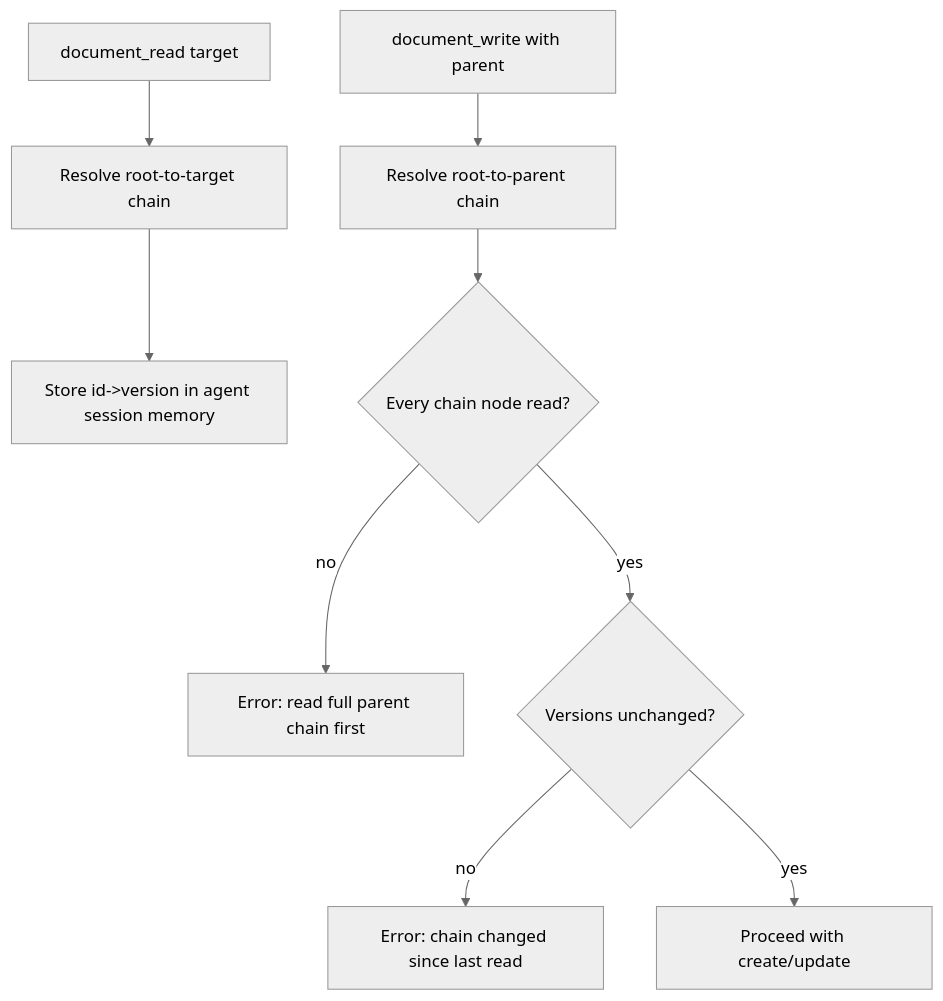
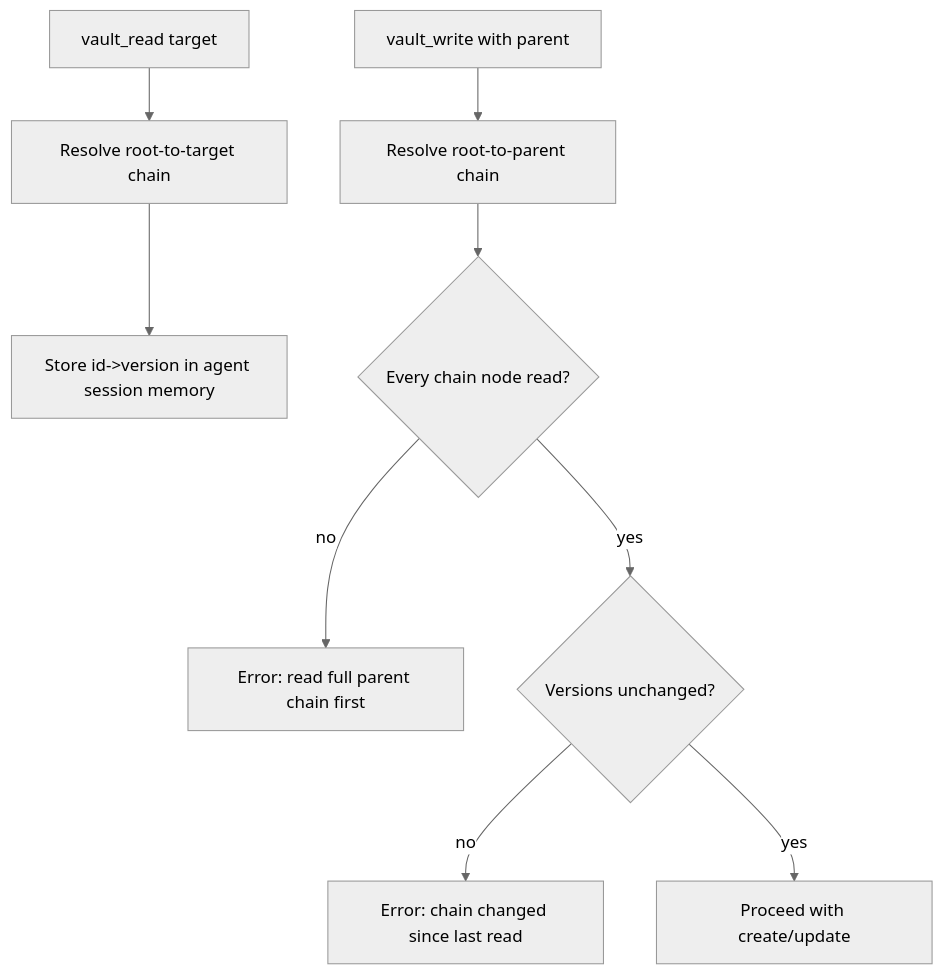
The diagram in doc/20260301-document-parent-chain-read-guard.md (ex3ndr/daycare), drawn with Mermaid (neutral theme) before and after one commit. The commit also changed other lines of this file and 112 other files, not shown here.

````diff
--- a/doc/20260301-document-parent-chain-read-guard.md
+++ b/doc/20260301-document-parent-chain-read-guard.md
@@ -17,11 +17,11 @@
 ```mermaid
 flowchart TD
-    A[document_read target] --> B[Resolve root-to-target chain]
+    A[vault_read target] --> B[Resolve root-to-target chain]
     B --> C[Store id->version in agent session memory]
-    D[document_write with parent] --> E[Resolve root-to-parent chain]
+    D[vault_write with parent] --> E[Resolve root-to-parent chain]
     E --> F{Every chain node read?}
     F -- no --> G[Error: read full parent chain first]
     F -- yes --> H{Versions unchanged?}
     H -- no --> I[Error: chain changed since last read]
     H -- yes --> J[Proceed with create/update]
 ```
````
